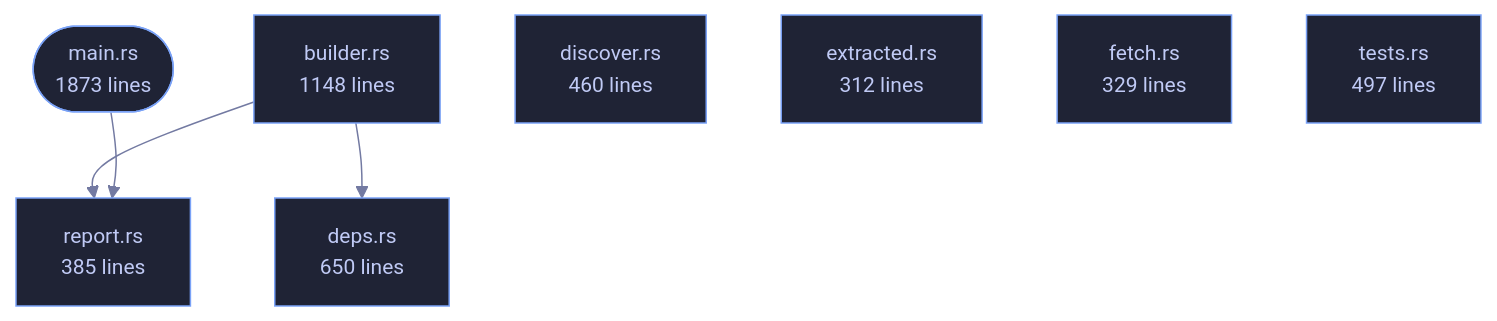
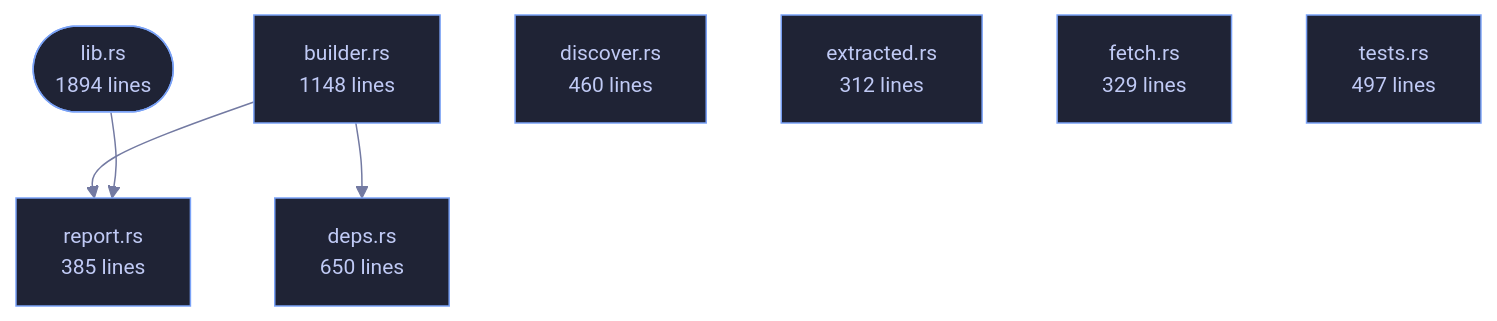
Before and after one commit to tilas01/veilvoice: the diagram in crates/veilvoice-verify/README.md, drawn with Mermaid. The commit also changed other lines of this file and 82 other files, not shown here.

First line of the commit message:
verify: fold the verifier into veilvoice, and drop the third binary

````diff
--- a/crates/veilvoice-verify/README.md
+++ b/crates/veilvoice-verify/README.md
@@ -93,23 +93,23 @@
 ```mermaid
 %%{init: {"theme":"base","themeVariables":{"background":"#1a1b26","primaryColor":"#1f2335","primaryTextColor":"#c0caf5","primaryBorderColor":"#7aa2f7","secondaryColor":"#16161e","tertiaryColor":"#16161e","lineColor":"#737aa2","textColor":"#c0caf5","mainBkg":"#1f2335","nodeBorder":"#7aa2f7","clusterBkg":"#16161e","clusterBorder":"#2f3549","fontFamily":"ui-monospace, SFMono-Regular, Consolas, monospace","fontSize":"14px"}}}%%
 flowchart TD
-    n_main(["main.rs<br/>1873 lines"])
+    n_lib(["lib.rs<br/>1894 lines"])
     n_builder["builder.rs<br/>1148 lines"]
     n_deps["deps.rs<br/>650 lines"]
     n_discover["discover.rs<br/>460 lines"]
     n_extracted["extracted.rs<br/>312 lines"]
     n_fetch["fetch.rs<br/>329 lines"]
     n_report["report.rs<br/>385 lines"]
     n_tests["tests.rs<br/>497 lines"]
     n_builder --> n_deps
     n_builder --> n_report
-    n_main --> n_report
-    click n_main href "https://github.com/tilas01/veilvoice/blob/main/crates/veilvoice-verify/src/main.rs" "open the source"
+    n_lib --> n_report
+    click n_lib href "https://github.com/tilas01/veilvoice/blob/main/crates/veilvoice-verify/src/lib.rs" "open the source"
     click n_builder href "https://github.com/tilas01/veilvoice/blob/main/crates/veilvoice-verify/src/builder.rs" "open the source"
     click n_deps href "https://github.com/tilas01/veilvoice/blob/main/crates/veilvoice-verify/src/deps.rs" "open the source"
     click n_discover href "https://github.com/tilas01/veilvoice/blob/main/crates/veilvoice-verify/src/discover.rs" "open the source"
     click n_extracted href "https://github.com/tilas01/veilvoice/blob/main/crates/veilvoice-verify/src/extracted.rs" "open the source"
     click n_fetch href "https://github.com/tilas01/veilvoice/blob/main/crates/veilvoice-verify/src/fetch.rs" "open the source"
     click n_report href "https://github.com/tilas01/veilvoice/blob/main/crates/veilvoice-verify/src/report.rs" "open the source"
     click n_tests href "https://github.com/tilas01/veilvoice/blob/main/crates/veilvoice-verify/src/tests.rs" "open the source"
 ```
````
